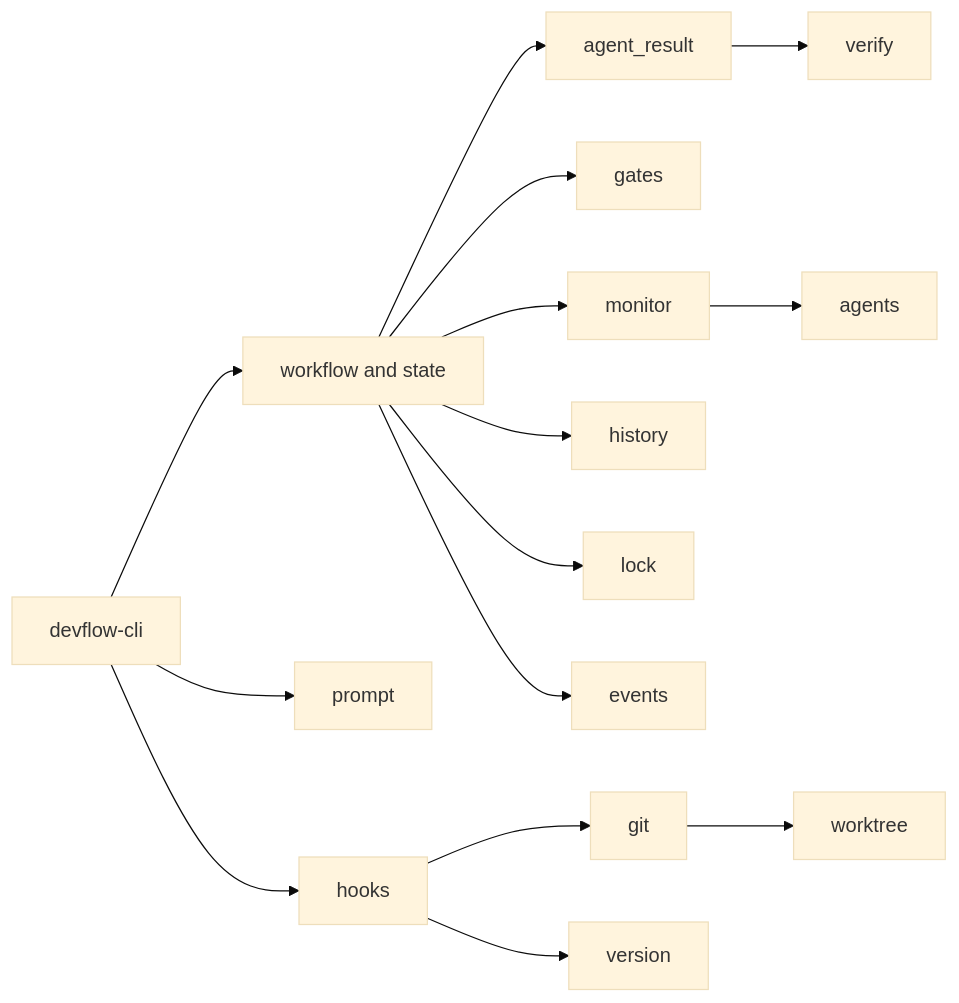
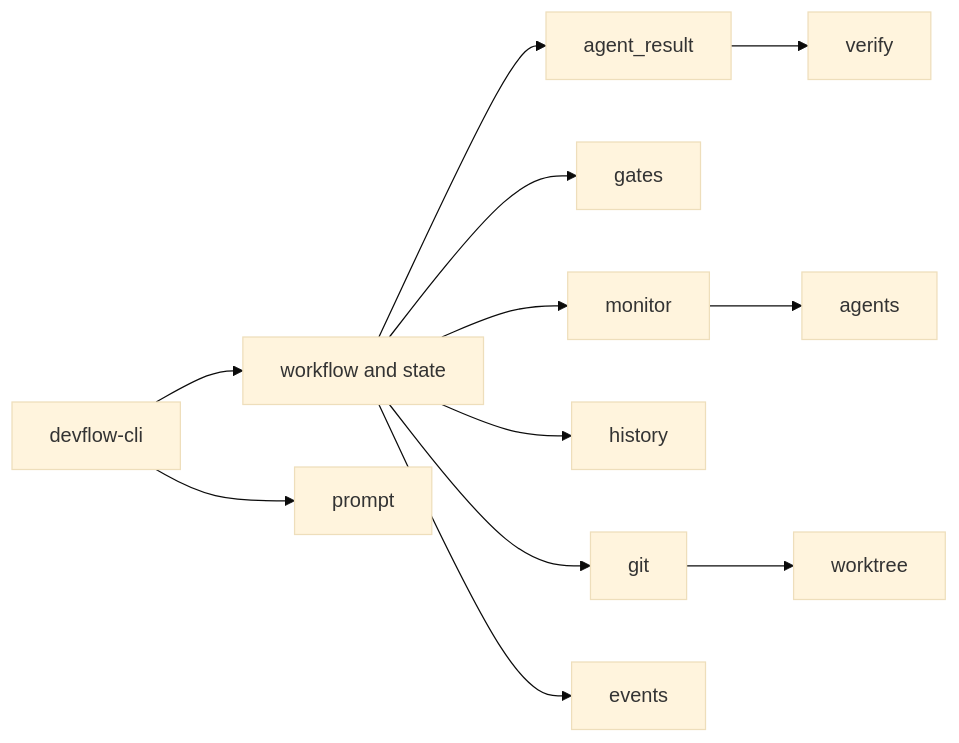
The diagram in docs/diagrams/module-map.md (denniyahh/devflow), drawn with Mermaid (base theme) before and after one commit. The commit also changed other lines of this file and 8 other files, not shown here.

````diff
--- a/docs/diagrams/module-map.md
+++ b/docs/diagrams/module-map.md
@@ -5,17 +5,14 @@
 ```mermaid
 flowchart LR
     CLI[devflow-cli] --> WF[workflow and state]
     CLI --> PROMPT[prompt]
-    CLI --> HOOKS[hooks]
     WF --> RESULT[agent_result]
     RESULT --> VERIFY[verify]
     WF --> GATES[gates]
     WF --> MONITOR[monitor]
     MONITOR --> AGENTS[agents]
     WF --> HISTORY[history]
-    HOOKS --> GIT[git]
-    HOOKS --> VERSION[version]
+    WF --> GIT[git]
     GIT --> WORKTREE[worktree]
-    WF --> LOCK[lock]
     WF --> EVENTS[events]
 ```
````
